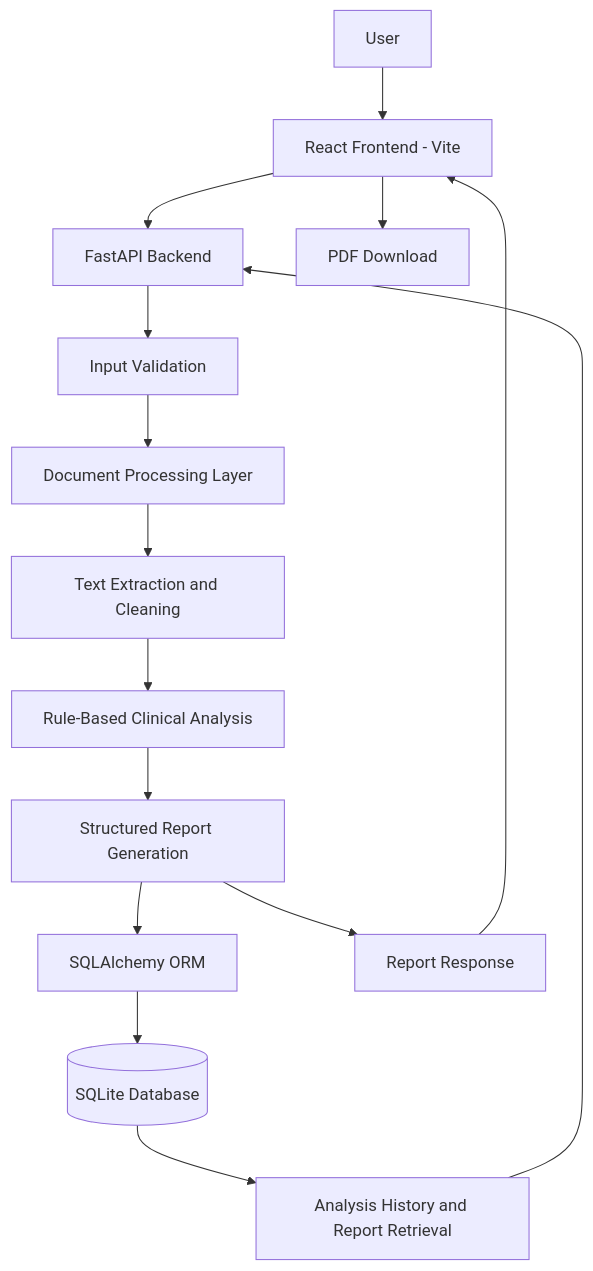
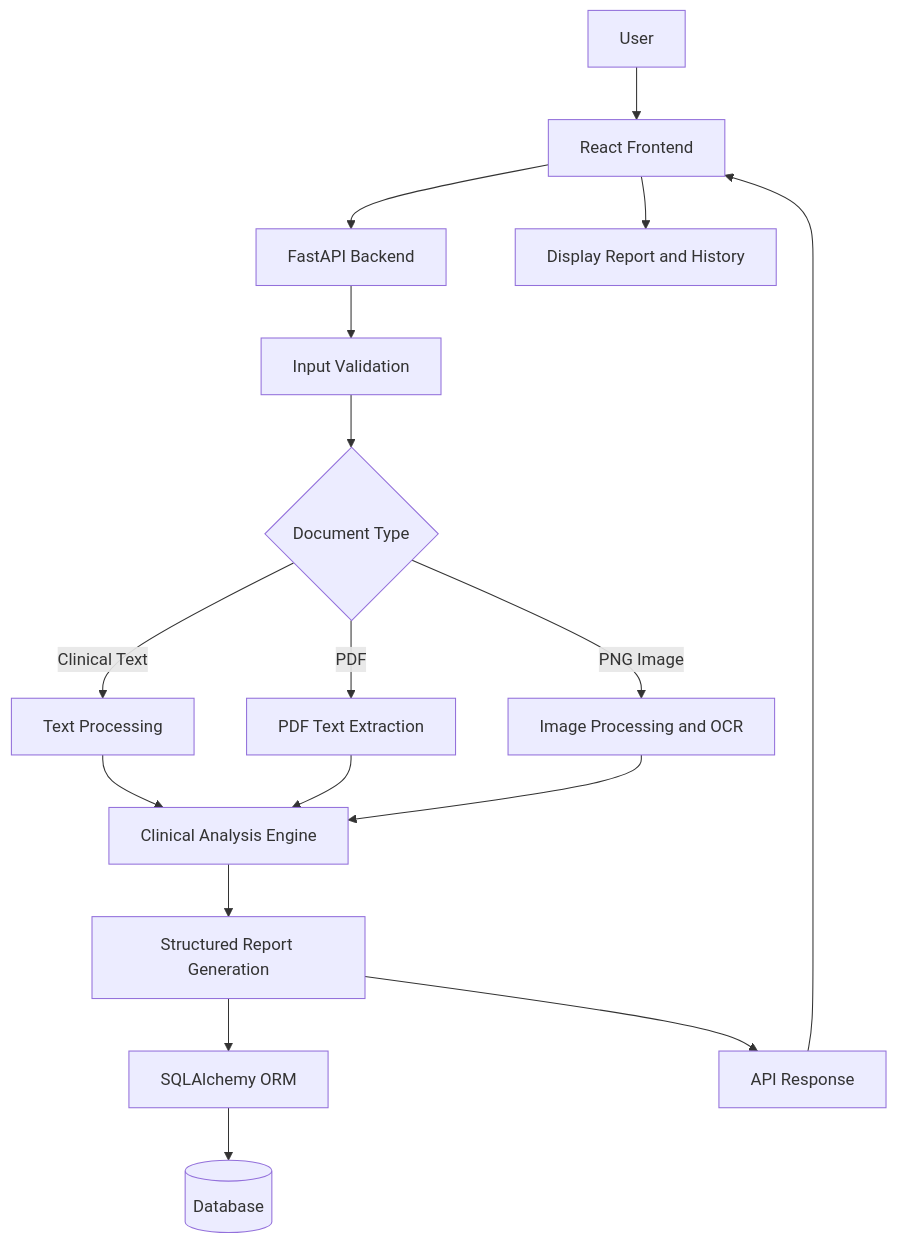
The first of 2 diagrams in ARCHITECTURE.md (Anandcvv05/ai-clinical-document-reviewer), drawn with Mermaid before and after one commit. The commit also changed other lines of this file and 1 other file, not shown here.

Commit message:
Add architecture and AI ML design documentation

````diff
--- a/ARCHITECTURE.md
+++ b/ARCHITECTURE.md
@@ -5,30 +20,30 @@
 ```mermaid
 flowchart TD
-    A[User] --> B[React Frontend - Vite]
-
+    A[User] --> B[React Frontend]
+    
     B --> C[FastAPI Backend]
-
+    
     C --> D[Input Validation]
-
-    D --> E[Document Processing Layer]
-
-    E --> F[Text Extraction and Cleaning]
-
-    F --> G[Rule-Based Clinical Analysis]
-
-    G --> H[Structured Report Generation]
-
-    H --> I[SQLAlchemy ORM]
-
-    I --> J[(SQLite Database)]
-
-    H --> K[Report Response]
-
-    K --> B
-
-    J --> L[Analysis History and Report Retrieval]
-
-    L --> C
-
-    B --> M[PDF Download]
+    
+    D --> E{Document Type}
+    
+    E -->|Clinical Text| F[Text Processing]
+    E -->|PDF| G[PDF Text Extraction]
+    E -->|PNG Image| H[Image Processing and OCR]
+    
+    F --> I[Clinical Analysis Engine]
+    G --> I
+    H --> I
+    
+    I --> J[Structured Report Generation]
+    
+    J --> K[SQLAlchemy ORM]
+    
+    K --> L[(Database)]
+    
+    J --> M[API Response]
+    
+    M --> B
+    
+    B --> N[Display Report and History]
 ```
````
